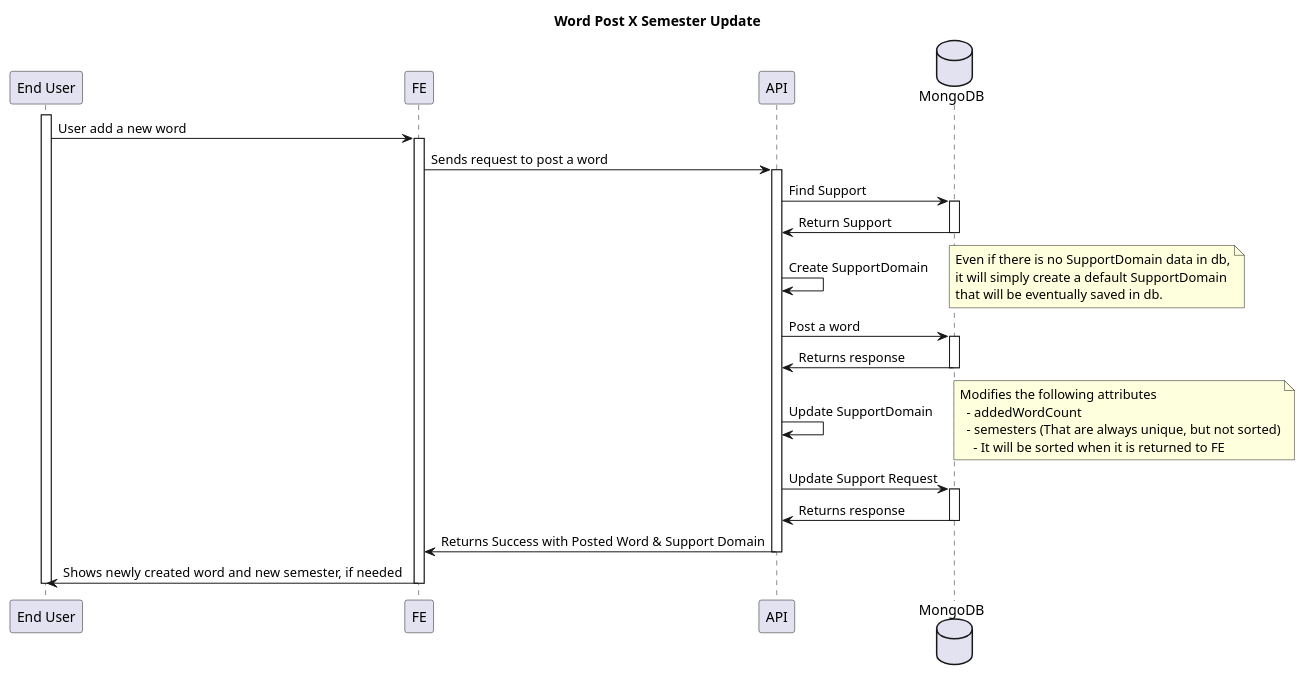
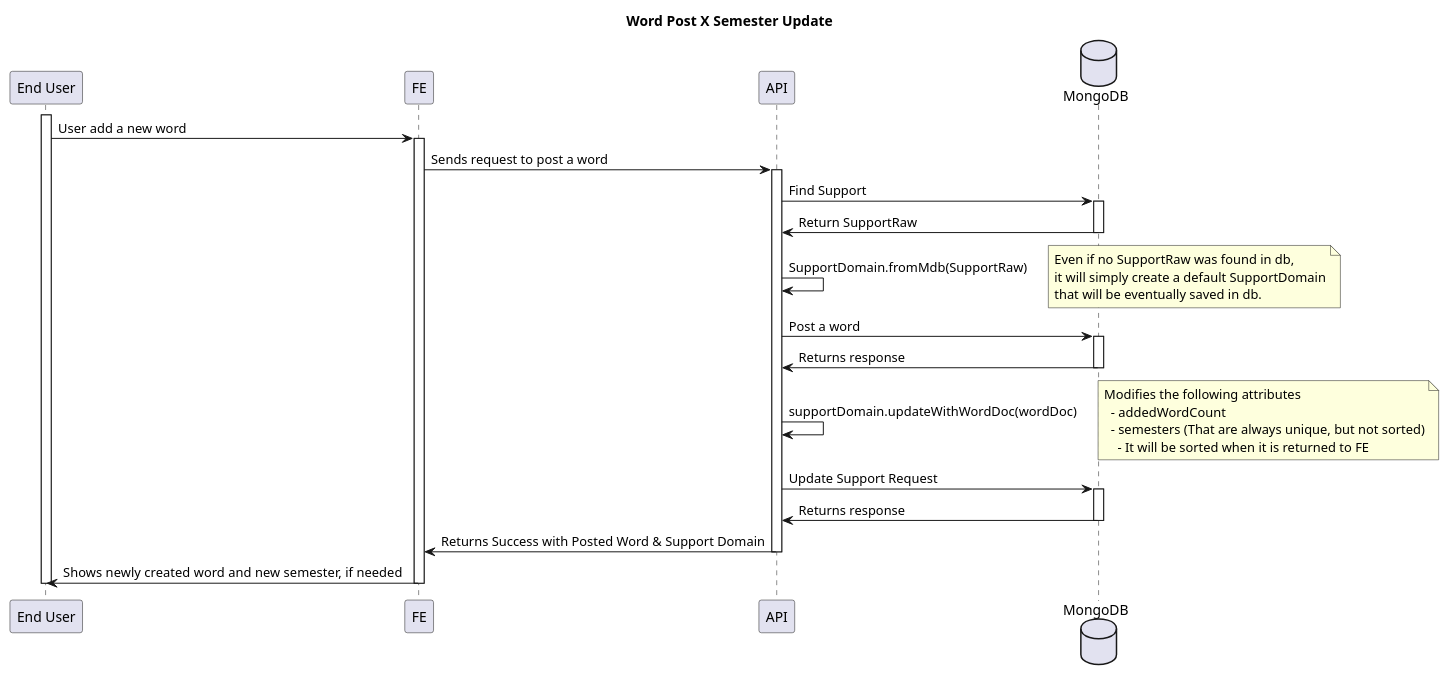
The first of 2 diagrams in api/semesters/semesters.md (ajktown/docs), drawn with PlantUML before and after one commit. The commit also changed other lines of this file and 1 other file, not shown here.

````diff
--- a/api/semesters/semesters.md
+++ b/api/semesters/semesters.md
@@ -29,49 +29,48 @@
 ```plantuml
 
 @startuml
 
 title Word Post X Semester Update
 
 participant "End User" as user
 participant "FE" as fe
 participant "API" as api
 database "MongoDB" as db
 
 activate user
   user -> fe: User add a new word
   activate fe
     fe -> api: Sends request to post a word
     activate api
       api -> db: Find Support
       activate db
-        api <- db: Return Support
+        api <- db: Return SupportRaw
       deactivate db
-      api -> api: Create SupportDomain
+      api -> api: SupportDomain.fromMdb(SupportRaw)
       note right
-        Even if there is no SupportDomain data in db,
+        Even if no SupportRaw was found in db,
         it will simply create a default SupportDomain
         that will be eventually saved in db.
       end note
       api -> db: Post a word
       activate db
         api <- db: Returns response
       deactivate db
-      api -> api: Update SupportDomain
+      api -> api: supportDomain.updateWithWordDoc(wordDoc)
       note right
         Modifies the following attributes
           - addedWordCount
           - semesters (That are always unique, but not sorted)
             - It will be sorted when it is returned to FE
       end note
       api -> db: Update Support Request
       activate db
         api <- db: Returns response
       deactivate db
       fe <- api: Returns Success with Posted Word & Support Domain
     deactivate api
     user <- fe: Shows newly created word and new semester, if needed
   deactivate fe
 deactivate user
 
-
 ```
````
